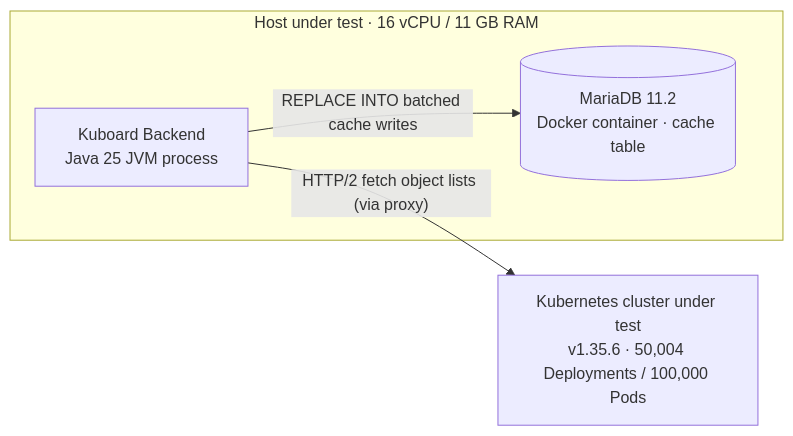
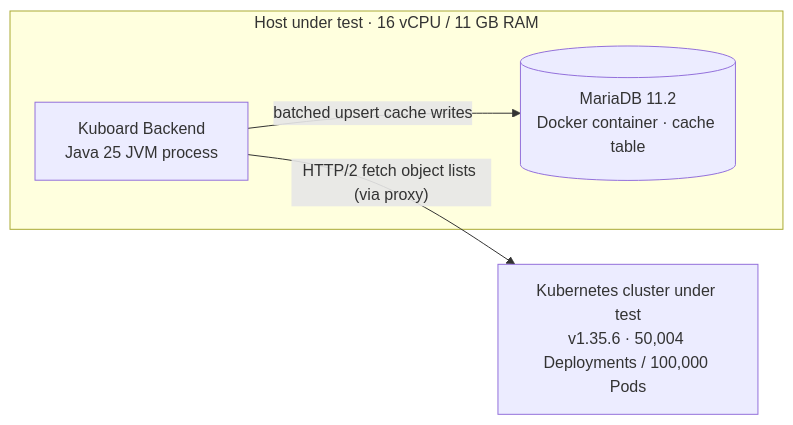
Before and after one commit to eip-work/kuboard-press: the diagram in docs/en/reference/sync-performance.md, drawn with Mermaid. The commit also changed other lines of this file and 27 other files, not shown here.

````diff
--- a/docs/en/reference/sync-performance.md
+++ b/docs/en/reference/sync-performance.md
@@ -32,10 +32,10 @@
 ```mermaid
 graph LR
   subgraph host["Host under test · 16 vCPU / 11 GB RAM"]
     B["Kuboard Backend<br/>Java 25 JVM process"]
     M[("MariaDB 11.2<br/>Docker container · cache table")]
   end
   K["Kubernetes cluster under test<br/>v1.35.6 · 50,004 Deployments / 100,000 Pods"]
   B -- "HTTP/2 fetch object lists (via proxy)" --> K
-  B -- "REPLACE INTO batched cache writes" --> M
+  B -- "batched upsert cache writes" --> M
 ```
````
